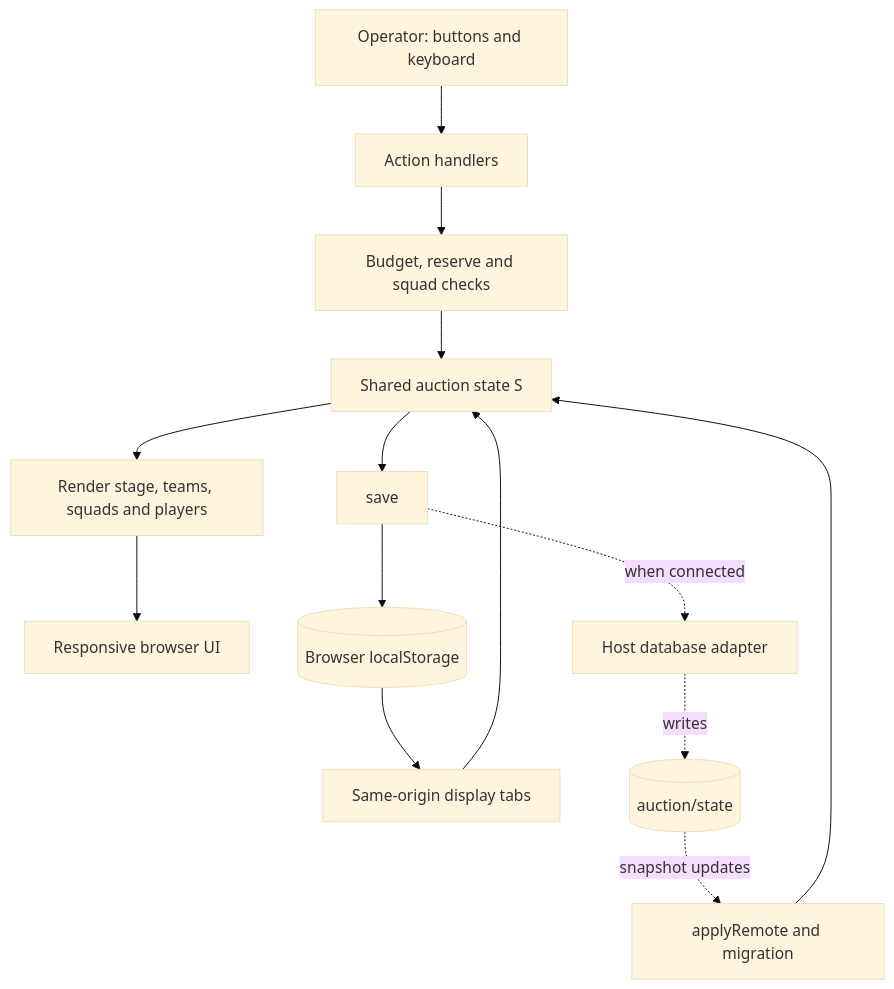
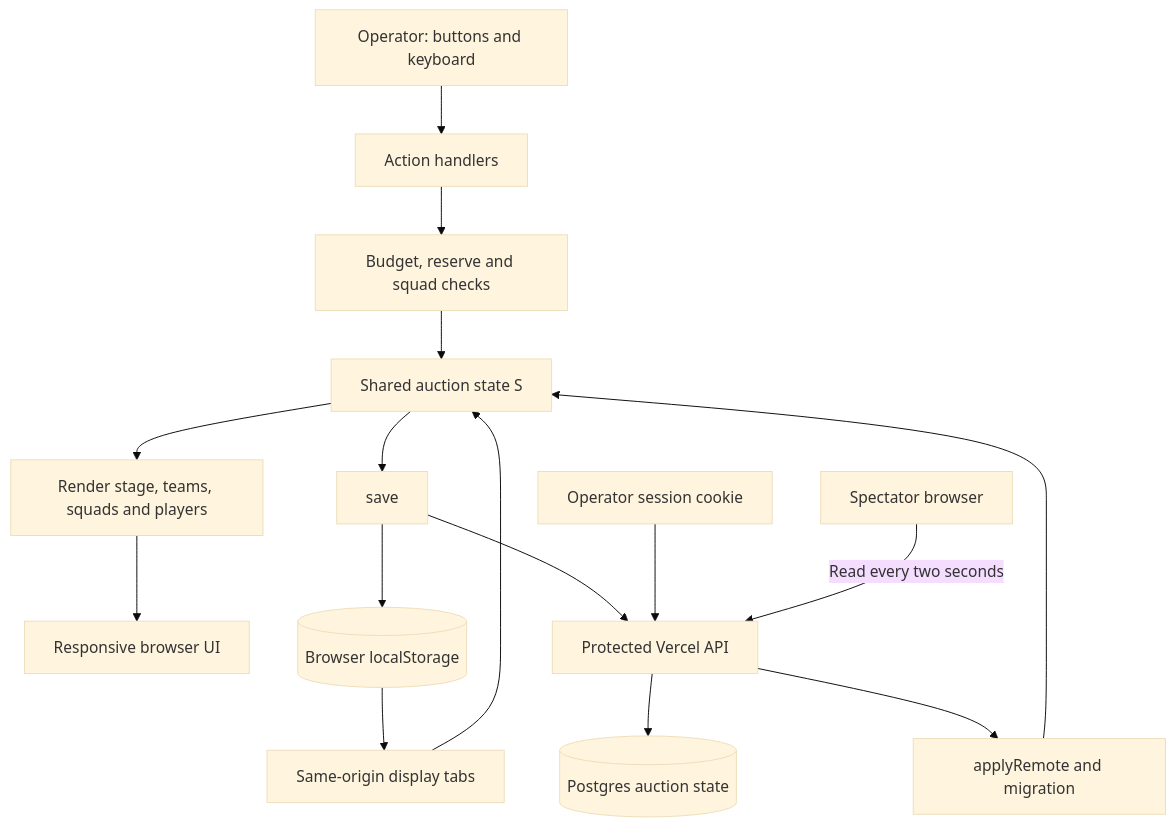
One commit to pavangiri1599-dot/GTS-Cricket-League-Season-2 changed the first of 2 diagrams in README.md. Above: the diagram before and after it, drawn with Mermaid (base theme). The commit also changed other lines of this file and 19 other files, not shown here.

````diff
--- a/README.md
+++ b/README.md
@@ -96,16 +130,18 @@
 ```mermaid
 flowchart TD
     Operator[Operator: buttons and keyboard] --> Actions[Action handlers]
     Actions --> Rules[Budget, reserve and squad checks]
     Rules --> State[Shared auction state S]
     State --> Render[Render stage, teams, squads and players]
     Render --> Browser[Responsive browser UI]
     State --> Save[save]
     Save --> Local[(Browser localStorage)]
     Local --> OtherTabs[Same-origin display tabs]
     OtherTabs --> State
-    Save -. when connected .-> Push[Host database adapter]
-    Push -. writes .-> Remote[(auction/state)]
-    Remote -. snapshot updates .-> Apply[applyRemote and migration]
+    Save --> API[Protected Vercel API]
+    Session[Operator session cookie] --> API
+    API --> Remote[(Postgres auction state)]
+    Viewer[Spectator browser] -->|Read every two seconds| API
+    API --> Apply[applyRemote and migration]
     Apply --> State
 ```
````
